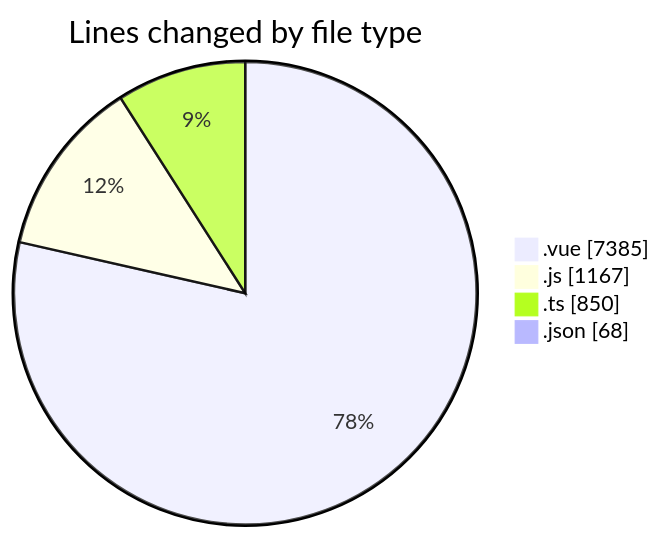
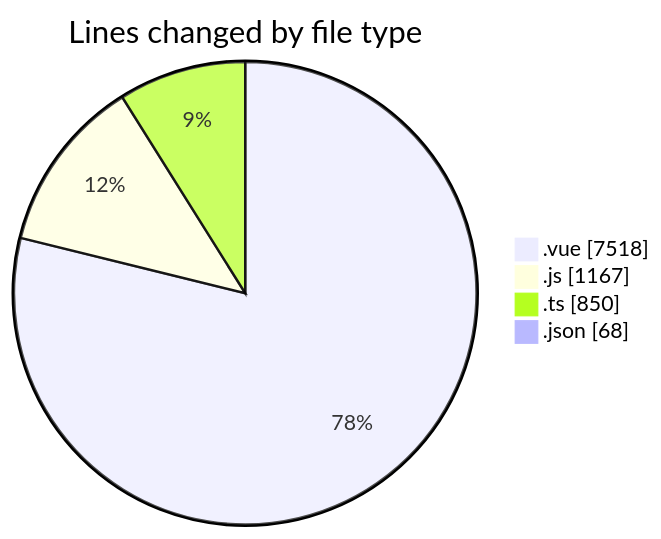
The first of 2 diagrams in 2025-08-12/rentotp/README.md (lephambinh05/code-tracking), drawn with Mermaid before and after one commit. The commit also changed other lines of this file and 1 other file, not shown here.

````diff
--- a/2025-08-12/rentotp/README.md
+++ b/2025-08-12/rentotp/README.md
@@ -45,8 +45,8 @@
 ```mermaid
 pie showData
 title Lines changed by file type
-".vue" : 7385
+".vue" : 7518
 ".js" : 1167
 ".ts" : 850
 ".json" : 68
 ```
````
